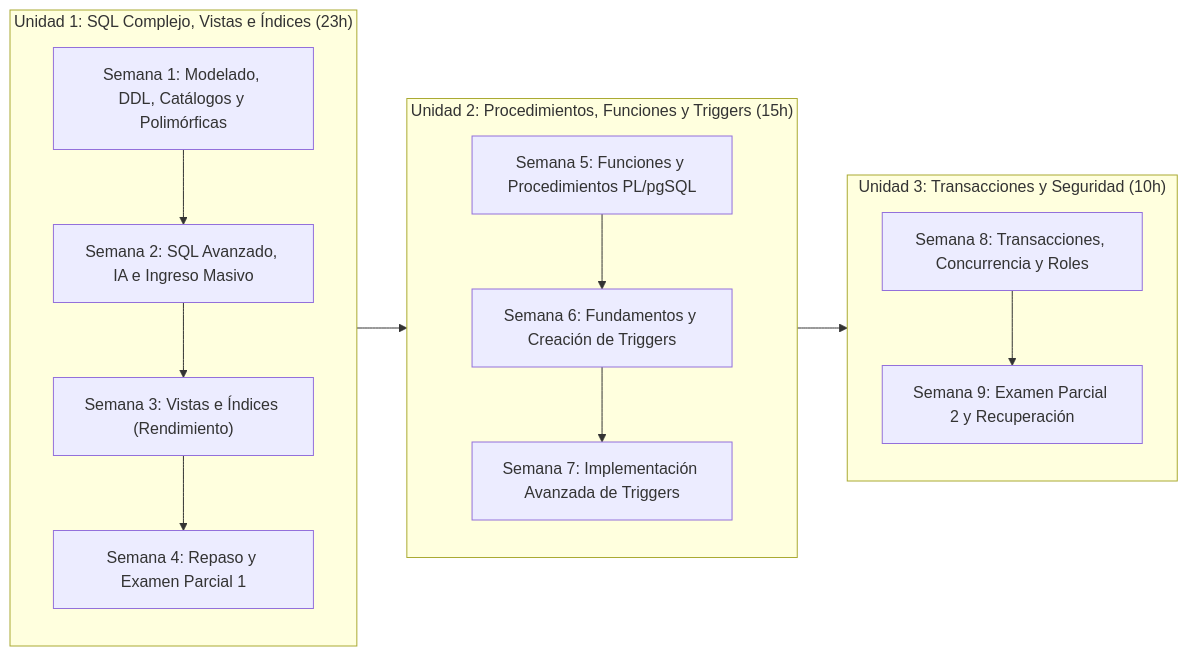
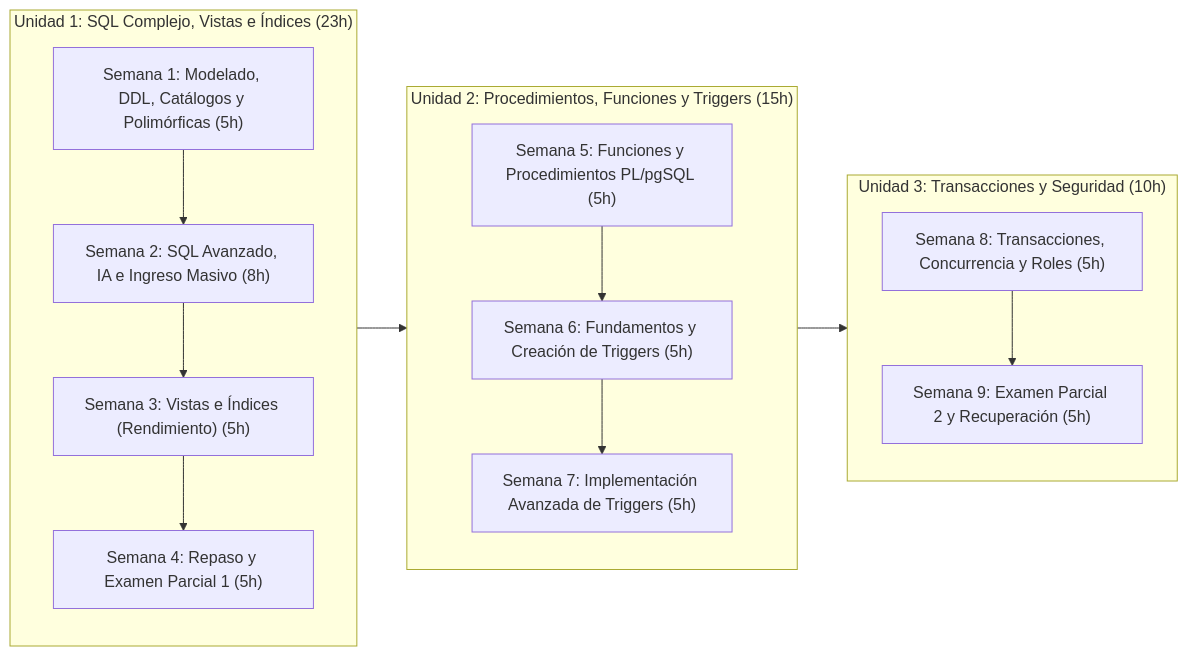
The diagram in README.md (ByronMoreno/Base-de-datos-avanzada), drawn with Mermaid before and after one commit. The commit also changed other lines of this file and 10 other files, not shown here.

````diff
--- a/README.md
+++ b/README.md
@@ -61,16 +95,16 @@
 ```mermaid
 flowchart LR
     subgraph U1["Unidad 1: SQL Complejo, Vistas e Índices (23h)"]
-        S1["Semana 1: Modelado, DDL, Catálogos y Polimórficas"] --> S2["Semana 2: SQL Avanzado, IA e Ingreso Masivo"]
-        S2 --> S3["Semana 3: Vistas e Índices (Rendimiento)"]
-        S3 --> S4["Semana 4: Repaso y Examen Parcial 1"]
+        S1["Semana 1: Modelado, DDL, Catálogos y Polimórficas (5h)"] --> S2["Semana 2: SQL Avanzado, IA e Ingreso Masivo (8h)"]
+        S2 --> S3["Semana 3: Vistas e Índices (Rendimiento) (5h)"]
+        S3 --> S4["Semana 4: Repaso y Examen Parcial 1 (5h)"]
     end
     subgraph U2["Unidad 2: Procedimientos, Funciones y Triggers (15h)"]
-        S5["Semana 5: Funciones y Procedimientos PL/pgSQL"] --> S6["Semana 6: Fundamentos y Creación de Triggers"]
-        S6 --> S7["Semana 7: Implementación Avanzada de Triggers"]
+        S5["Semana 5: Funciones y Procedimientos PL/pgSQL (5h)"] --> S6["Semana 6: Fundamentos y Creación de Triggers (5h)"]
+        S6 --> S7["Semana 7: Implementación Avanzada de Triggers (5h)"]
     end
     subgraph U3["Unidad 3: Transacciones y Seguridad (10h)"]
-        S8["Semana 8: Transacciones, Concurrencia y Roles"] --> S9["Semana 9: Examen Parcial 2 y Recuperación"]
+        S8["Semana 8: Transacciones, Concurrencia y Roles (5h)"] --> S9["Semana 9: Examen Parcial 2 y Recuperación (5h)"]
     end
     U1 --> U2 --> U3
 ```
````
